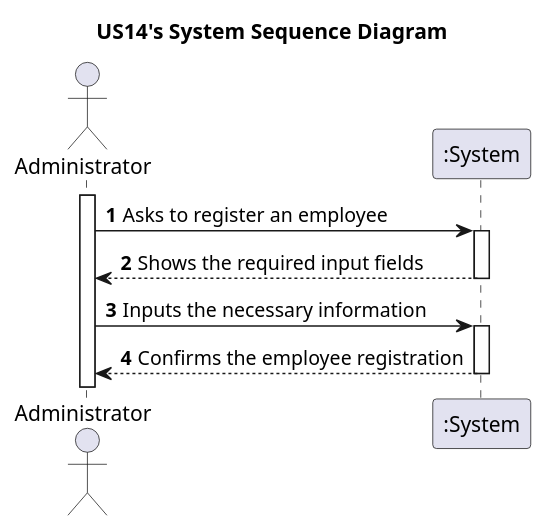
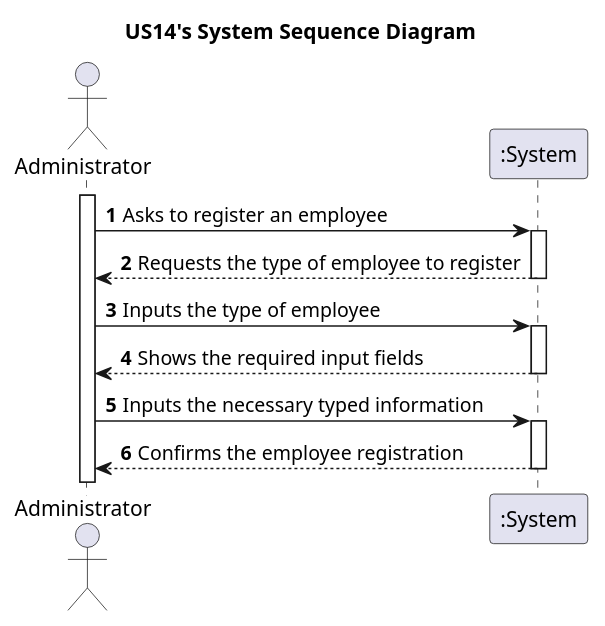
One commit to pedroguilherme-web/leti-esoft-25-26-A1 changed the diagram in docs/system-documentation/US14/puml/US14-SSD.puml. Above: the diagram before and after it, drawn with PlantUML. The commit also changed 19 other files, not shown here.

```diff
--- a/docs/system-documentation/US14/puml/US14-SSD.puml
+++ b/docs/system-documentation/US14/puml/US14-SSD.puml
@@ -1,18 +1,20 @@
 @startuml
 'https://plantuml.com/sequence-diagram
 
 autoactivate on
 autonumber
 
 title US14's System Sequence Diagram
 
 actor "Administrator" as A
 participant ":System" as S
 
 activate A
 
 A -> S: Asks to register an employee
+S --> A: Requests the type of employee to register
+A -> S: Inputs the type of employee
 S --> A: Shows the required input fields
-A -> S: Inputs the necessary information
+A -> S: Inputs the necessary typed information
 S --> A: Confirms the employee registration
 @enduml
```
